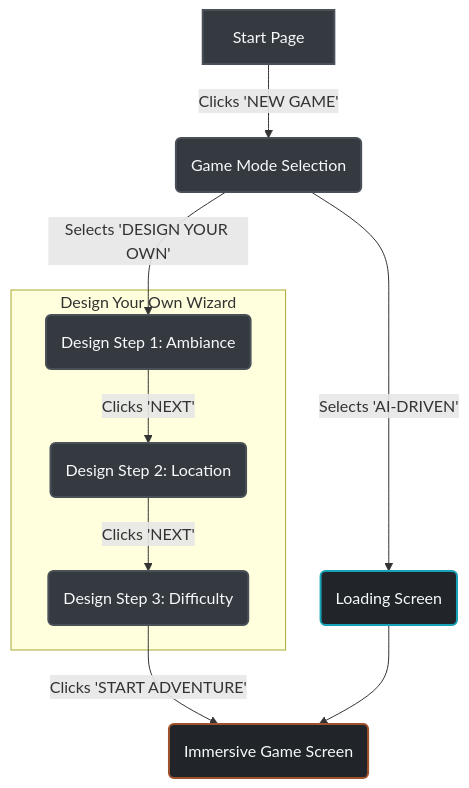
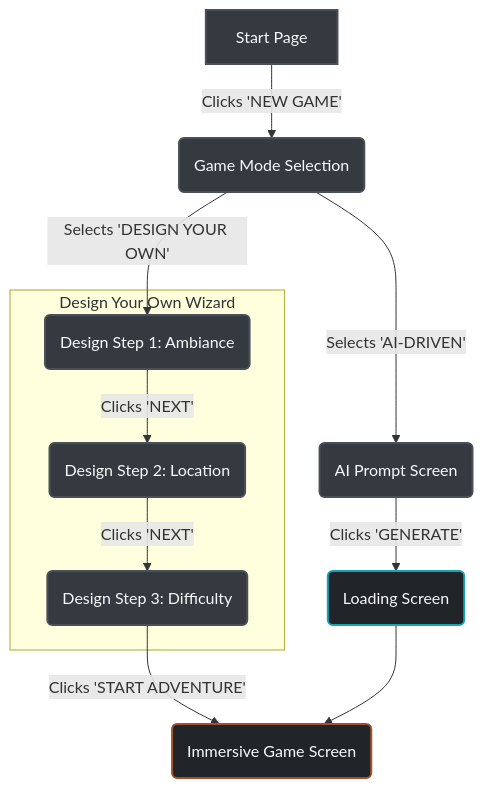
The first of 3 diagrams in docs/ux-design-specification.md (IBE160/SG-M-E-Ds), drawn with Mermaid before and after one commit. The commit also changed other lines of this file and 1 other file, not shown here.

Commit message:
Add AI prompt screen and update UX specification

````diff
--- a/docs/ux-design-specification.md
+++ b/docs/ux-design-specification.md
@@ -144,24 +144,26 @@
 ```mermaid
 graph TD
     A[Start Page] -->|Clicks 'NEW GAME'| B(Game Mode Selection);
     B -->|Selects 'DESIGN YOUR OWN'| C(Design Step 1: Ambiance);
-    B -->|Selects 'AI-DRIVEN'| G(Loading Screen);
+    B -->|Selects 'AI-DRIVEN'| H(AI Prompt Screen);
     C -->|Clicks 'NEXT'| D(Design Step 2: Location);
     D -->|Clicks 'NEXT'| E(Design Step 3: Difficulty);
     E -->|Clicks 'START ADVENTURE'| F(Immersive Game Screen);
+    H -->|Clicks 'GENERATE'| G(Loading Screen);
     G --> F;
 
     subgraph "Design Your Own Wizard"
         C
         D
         E
     end
 
     style A fill:#343A40,stroke:#495057,stroke-width:2px,color:#F8F9FA
     style B fill:#343A40,stroke:#495057,stroke-width:2px,color:#F8F9FA
     style C fill:#343A40,stroke:#495057,stroke-width:2px,color:#F8F9FA
     style D fill:#343A40,stroke:#495057,stroke-width:2px,color:#F8F9FA
     style E fill:#343A40,stroke:#495057,stroke-width:2px,color:#F8F9FA
     style F fill:#212529,stroke:#A0522D,stroke-width:2px,color:#F8F9FA
     style G fill:#212529,stroke:#17A2B8,stroke-width:2px,color:#F8F9FA
+    style H fill:#343A40,stroke:#495057,stroke-width:2px,color:#F8F9FA
 ```
````
